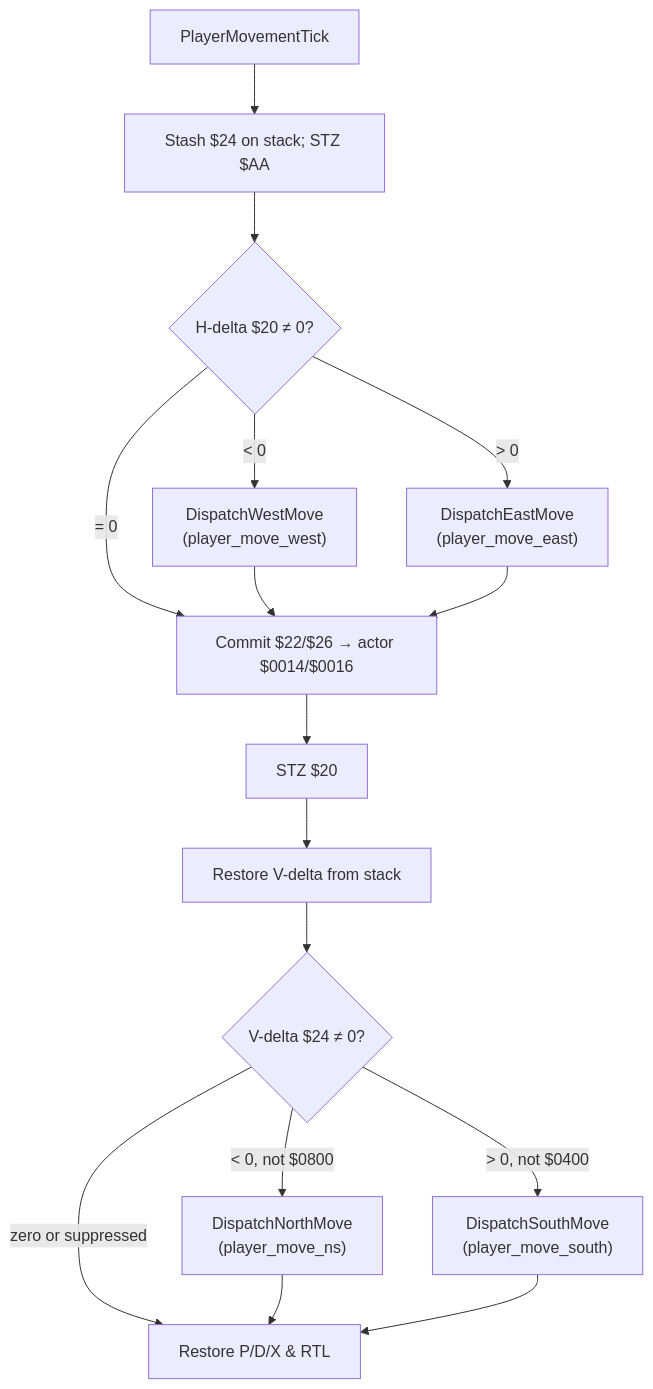
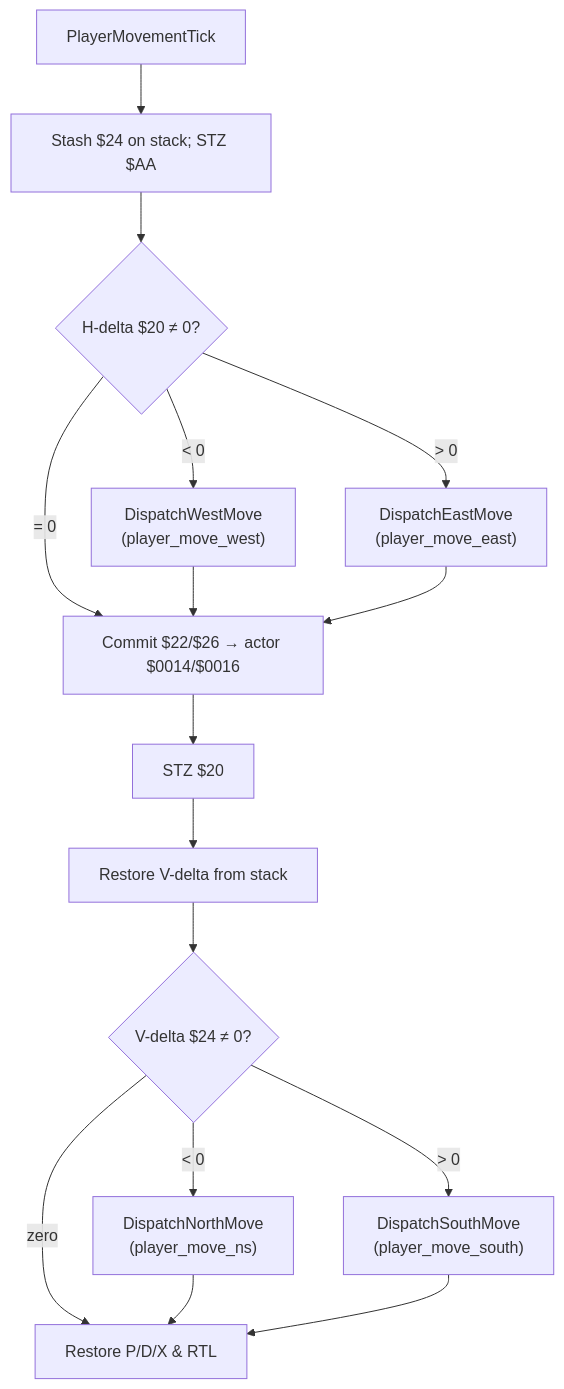
Before and after one commit to Azarem/gaia-iog-baserom: the first of 2 diagrams in docs/code/bank02/player-movement.md, drawn with Mermaid. The commit also changed other lines of this file and 118 other files, not shown here.

````diff
--- a/docs/code/bank02/player-movement.md
+++ b/docs/code/bank02/player-movement.md
@@ -19,18 +19,18 @@
 ```mermaid
 flowchart TD
     PMT["PlayerMovementTick"] --> StashV["Stash $24 on stack; STZ $AA"]
     StashV --> HCHECK{"H-delta $20 ≠ 0?"}
     HCHECK -->|"< 0"| DDL["DispatchWestMove<br/>(player_move_west)"]
     HCHECK -->|"> 0"| DEM2["DispatchEastMove<br/>(player_move_east)"]
     HCHECK -->|"= 0"| COMMIT["Commit $22/$26 → actor $0014/$0016"]
     DDL --> COMMIT
     DEM2 --> COMMIT
     COMMIT --> ClearH["STZ $20"]
     ClearH --> RestoreV["Restore V-delta from stack"]
     RestoreV --> VCHECK{"V-delta $24 ≠ 0?"}
-    VCHECK -->|"< 0, not $0800"| DNM["DispatchNorthMove<br/>(player_move_ns)"]
-    VCHECK -->|"> 0, not $0400"| DSM["DispatchSouthMove<br/>(player_move_south)"]
-    VCHECK -->|"zero or suppressed"| Done["Restore P/D/X & RTL"]
+    VCHECK -->|"< 0"| DNM["DispatchNorthMove<br/>(player_move_ns)"]
+    VCHECK -->|"> 0"| DSM["DispatchSouthMove<br/>(player_move_south)"]
+    VCHECK -->|"zero"| Done["Restore P/D/X & RTL"]
     DNM --> Done
     DSM --> Done
 ```
````
